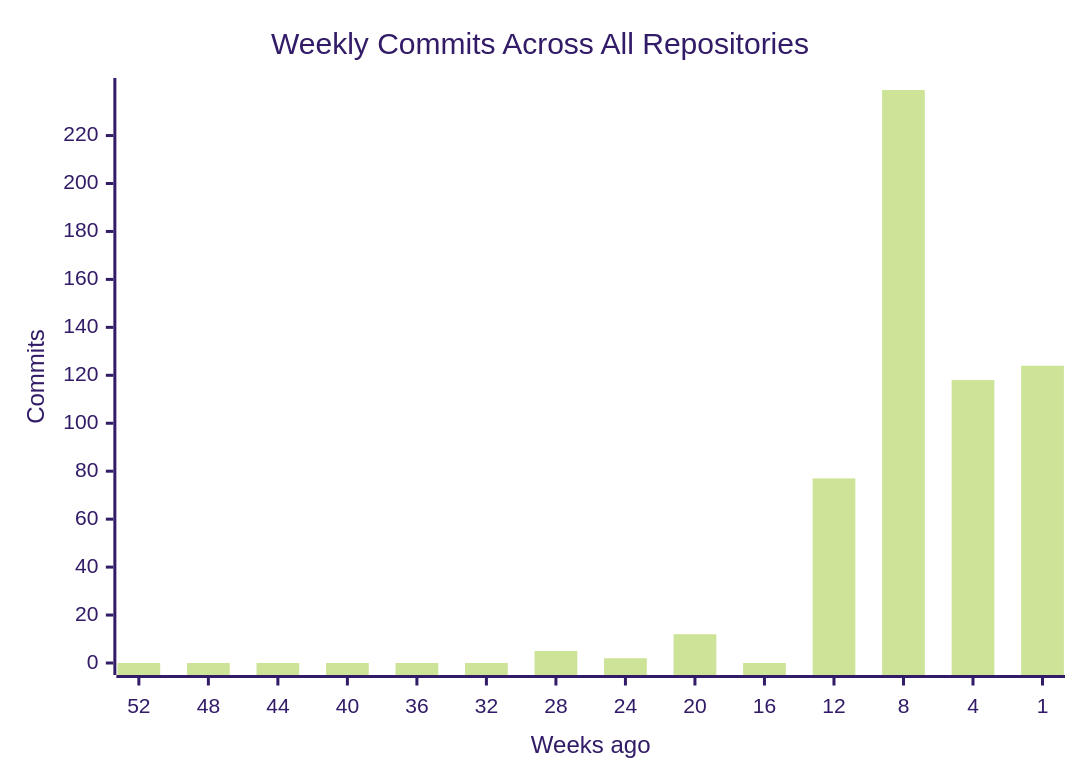
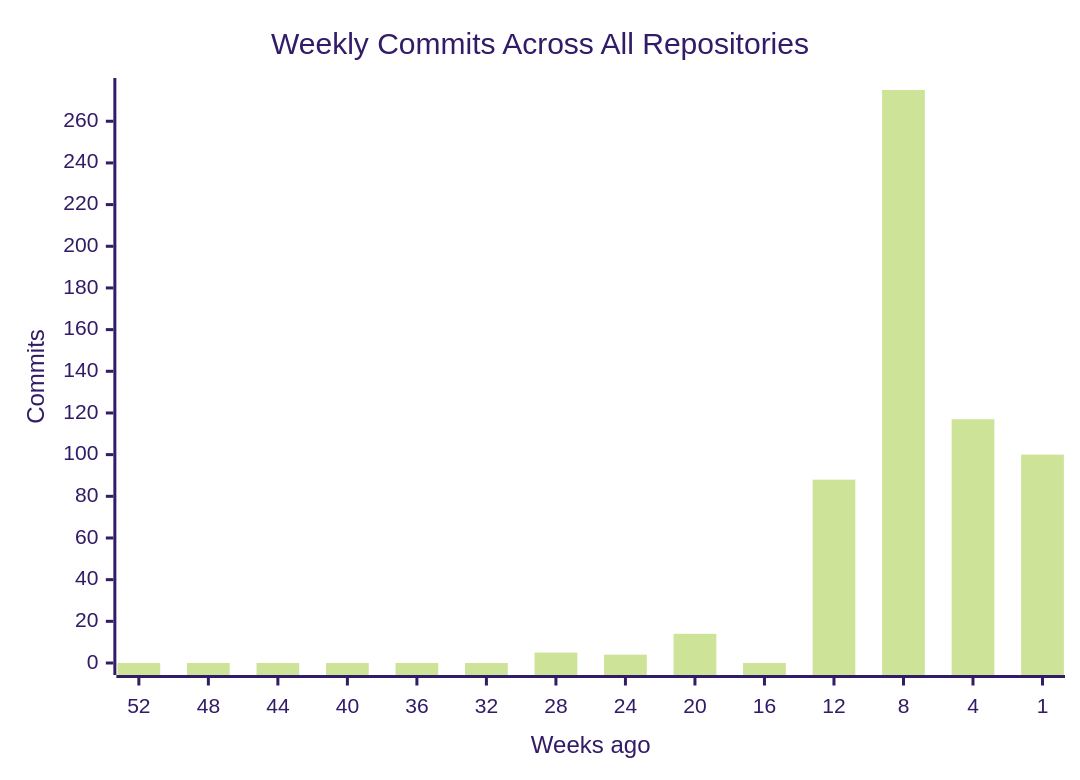
One commit to CSTH-Projects/.github changed the first of 4 diagrams in profile/README.md. Above: the diagram before and after it, drawn with Mermaid (forest theme). The commit also changed other lines of this file, not shown here.

````diff
--- a/profile/README.md
+++ b/profile/README.md
@@ -16,7 +16,7 @@
 ```mermaid
 xychart-beta
     title "Weekly Commits Across All Repositories"
     x-axis "Weeks ago" [52, 48, 44, 40, 36, 32, 28, 24, 20, 16, 12, 8, 4, 1]
     y-axis "Commits"
-    bar [0, 0, 0, 0, 0, 0, 5, 2, 12, 0, 77, 239, 118, 124]
+    bar [0, 0, 0, 0, 0, 0, 5, 4, 14, 0, 88, 275, 117, 100]
 ```
````
